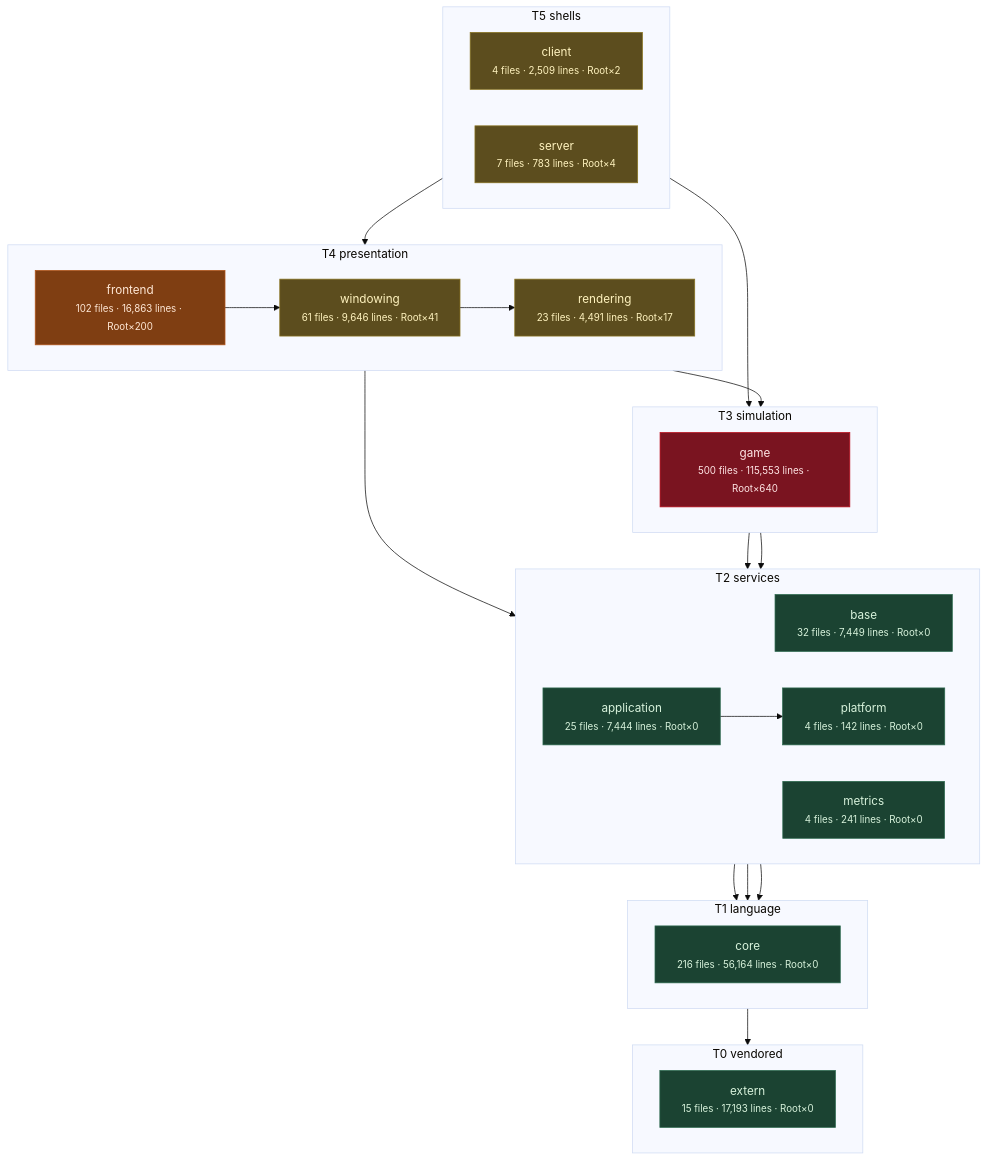
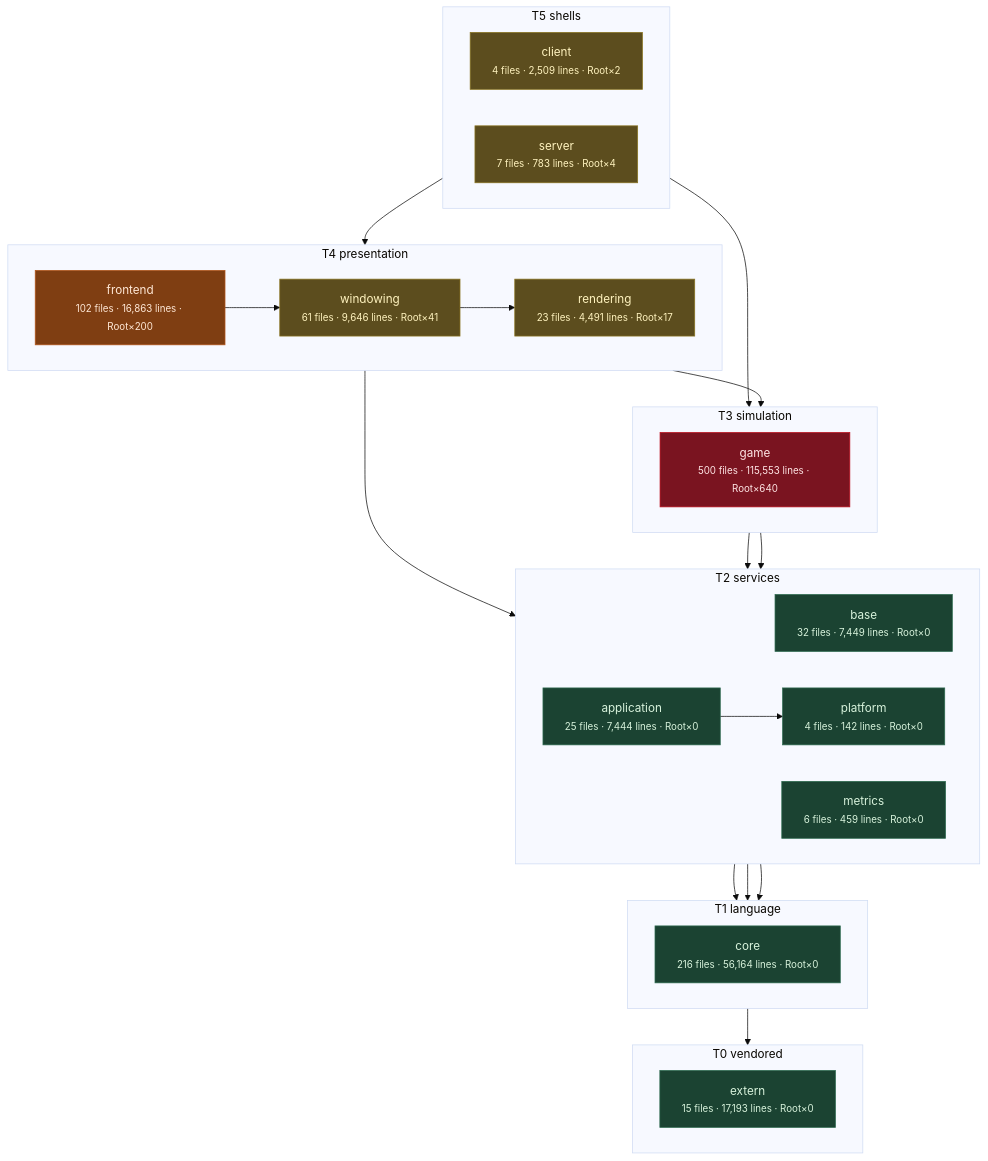
Before and after one commit to apnex/OpenStarbound: the third of 11 diagrams in docs/architecture/system-boundaries.md, drawn with Mermaid (base theme). The commit also changed other lines of this file and 4 other files, not shown here.

````diff
--- a/docs/architecture/system-boundaries.md
+++ b/docs/architecture/system-boundaries.md
@@ -271,54 +271,54 @@
 ```mermaid
 flowchart TD
   subgraph T0["T0 vendored"]
     direction LR
     extern["extern<br/><small>15 files · 17,193 lines · Root×0</small>"]
   end
   subgraph T1["T1 language"]
     direction LR
     core["core<br/><small>216 files · 56,164 lines · Root×0</small>"]
   end
   subgraph T2["T2 services"]
     direction LR
     base["base<br/><small>32 files · 7,449 lines · Root×0</small>"]
-    metrics["metrics<br/><small>4 files · 241 lines · Root×0</small>"]
+    metrics["metrics<br/><small>6 files · 459 lines · Root×0</small>"]
     platform["platform<br/><small>4 files · 142 lines · Root×0</small>"]
     application["application<br/><small>25 files · 7,444 lines · Root×0</small>"]
   end
   subgraph T3["T3 simulation"]
     direction LR
     game["game<br/><small>500 files · 115,553 lines · Root×640</small>"]
   end
   subgraph T4["T4 presentation"]
     direction LR
     rendering["rendering<br/><small>23 files · 4,491 lines · Root×17</small>"]
     windowing["windowing<br/><small>61 files · 9,646 lines · Root×41</small>"]
     frontend["frontend<br/><small>102 files · 16,863 lines · Root×200</small>"]
   end
   subgraph T5["T5 shells"]
     direction LR
     client["client<br/><small>4 files · 2,509 lines · Root×2</small>"]
     server["server<br/><small>7 files · 783 lines · Root×4</small>"]
   end
   core --> extern
   base --> core
   metrics --> core
   platform --> core
   application --> platform
   game --> base
   game --> platform
   rendering --> application
   rendering --> game
   windowing --> rendering
   frontend --> windowing
   client --> frontend
   server --> game
   classDef clean fill:#1b4332,stroke:#2d6a4f,color:#d8f3dc
   classDef warm  fill:#5c4d1e,stroke:#8a7420,color:#fff3bf
   classDef hot   fill:#7f3e12,stroke:#b5561b,color:#ffe8d6
   classDef blaze fill:#7a1420,stroke:#c1121f,color:#ffe5e5
   class extern,core,base,metrics,platform,application clean
   class rendering,windowing,client,server warm
   class frontend hot
   class game blaze
 ```
````
